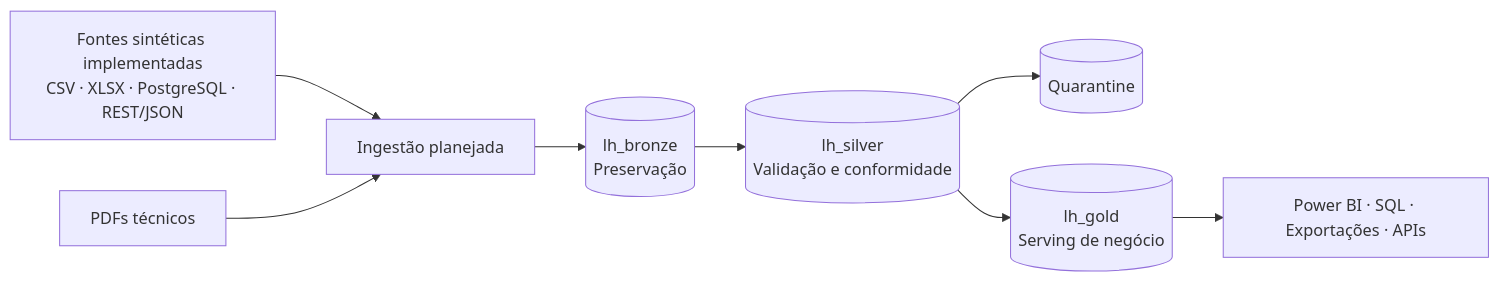
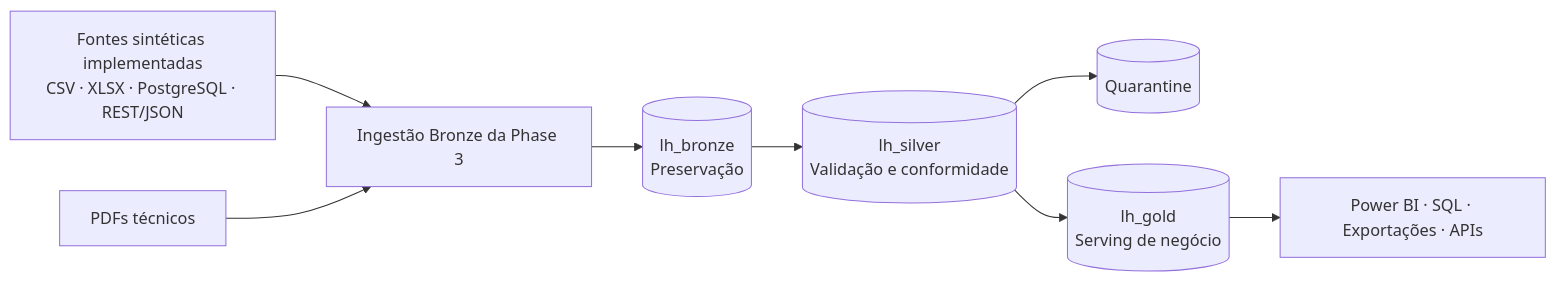
The diagram in README.md (LuidiC/industrial-data-platform), drawn with Mermaid before and after one commit. The commit also changed other lines of this file and 23 other files, not shown here.

Commit message:
feat: checkpoint Phase 3 Bronze ingestion foundation

````diff
--- a/README.md
+++ b/README.md
@@ -54,10 +69,10 @@
 ```mermaid
 flowchart LR
-    SOURCES[Fontes sintéticas implementadas<br/>CSV · XLSX · PostgreSQL · REST/JSON] --> INGEST[Ingestão planejada]
+    SOURCES[Fontes sintéticas implementadas<br/>CSV · XLSX · PostgreSQL · REST/JSON] --> INGEST[Ingestão Bronze da Phase 3]
     INGEST --> BRONZE[(lh_bronze<br/>Preservação)]
     PDF[PDFs técnicos] --> INGEST
     BRONZE --> SILVER[(lh_silver<br/>Validação e conformidade)]
     SILVER --> QUARANTINE[(Quarantine)]
     SILVER --> GOLD[(lh_gold<br/>Serving de negócio)]
     GOLD --> CONSUMERS[Power BI · SQL · Exportações · APIs]
 ```
````
